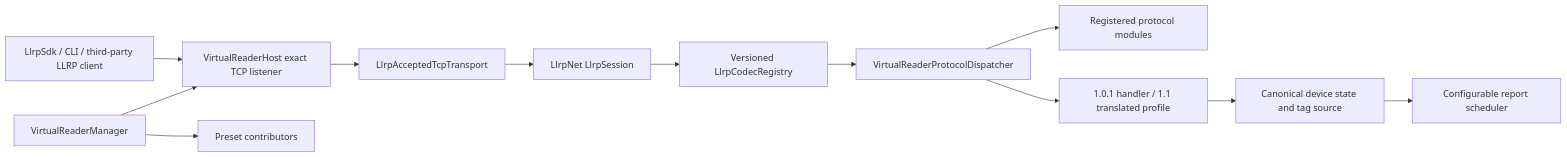
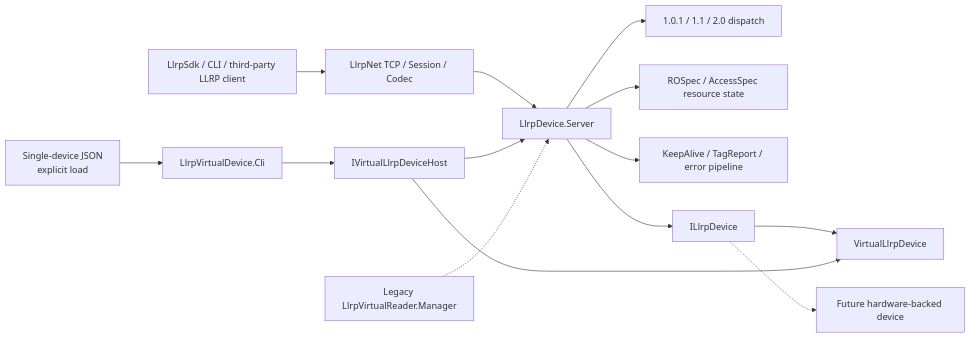
One commit to newton5555/LLRPCSharp changed the first of 2 diagrams in docs/architecture/overview.md. Above: the diagram before and after it, drawn with Mermaid. The commit also changed other lines of this file and 73 other files, not shown here.

Commit message:
feat: complete LLRP 1.0.1 virtual device

````diff
--- a/docs/architecture/overview.md
+++ b/docs/architecture/overview.md
@@ -31,14 +33,16 @@
 ```mermaid
 flowchart LR
-    Client["LlrpSdk / CLI / third-party LLRP client"] --> Listener["VirtualReaderHost exact TCP listener"]
-    Listener --> Accepted["LlrpAcceptedTcpTransport"]
-    Accepted --> Session["LlrpNet LlrpSession"]
-    Session --> Registry["Versioned LlrpCodecRegistry"]
-    Registry --> Dispatch["VirtualReaderProtocolDispatcher"]
-    Dispatch --> Module["Registered protocol modules"]
-    Dispatch --> Standard["1.0.1 handler / 1.1 translated profile"]
-    Standard --> State["Canonical device state and tag source"]
-    State --> Reports["Configurable report scheduler"]
-    Manager["VirtualReaderManager"] --> Listener
-    Manager --> Presets["Preset contributors"]
+    Client["LlrpSdk / CLI / third-party LLRP client"] --> Net["LlrpNet TCP / Session / Codec"]
+    Net --> Server["LlrpDevice.Server"]
+    Server --> Protocol["1.0.1 / 1.1 / 2.0 dispatch"]
+    Server --> Resources["ROSpec / AccessSpec resource state"]
+    Server --> Reports["KeepAlive / TagReport / error pipeline"]
+    Server --> Contract["ILlrpDevice"]
+    Contract --> Virtual["VirtualLlrpDevice"]
+    Contract -.-> Physical["Future hardware-backed device"]
+    Host["IVirtualLlrpDeviceHost"] --> Server
+    Host --> Virtual
+    DeviceCli["LlrpVirtualDevice.Cli"] --> Host
+    Manager["Legacy LlrpVirtualReader.Manager"] -.-> Server
+    Config["Single-device JSON<br/>explicit load"] --> DeviceCli
 ```
````
